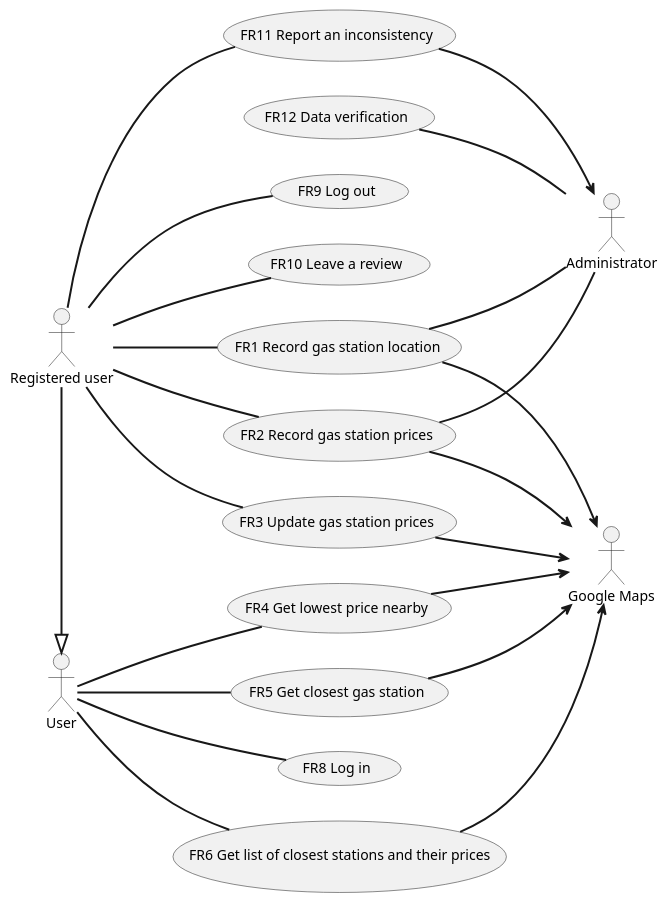
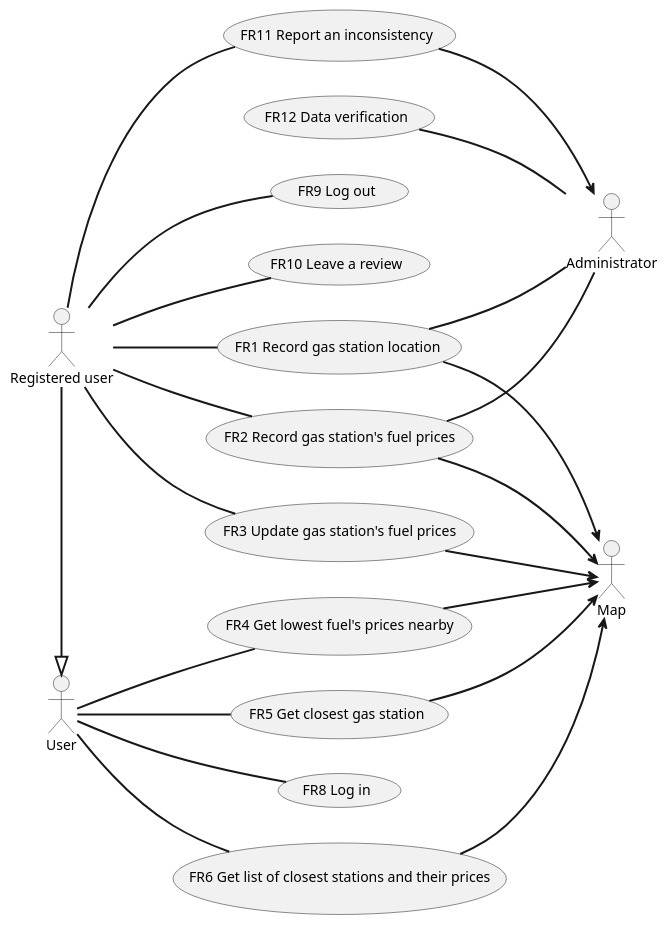
Before and after one commit to SoftengPoliTo/Lab2: the second of 3 diagrams in REQ_s280105.md, drawn with PlantUML. The commit also changed other lines of this file, not shown here.

````diff
--- a/REQ_s280105.md
+++ b/REQ_s280105.md
@@ -118,28 +121,28 @@
 ```plantuml
 left to right direction
 actor Administrator as a
 actor User as u
 actor "Registered user" as r
-actor "Google Maps" as g
+actor Map as m
 r == (FR1 Record gas station location)
-r == (FR2 Record gas station prices)
-r == (FR3 Update gas station prices)
-u == (FR4 Get lowest price nearby)
+r == (FR2 Record gas station's fuel prices)
+r == (FR3 Update gas station's fuel prices)
+u == (FR4 Get lowest fuel's prices nearby)
 u == (FR5 Get closest gas station)
 u == (FR6 Get list of closest stations and their prices)
 u == (FR8 Log in)
 r == (FR9 Log out)
 r == (FR10 Leave a review)
 r == (FR11 Report an inconsistency)
 (FR12 Data verification) == a
 (FR11 Report an inconsistency) ==> a
 (FR1 Record gas station location) == a
-(FR2 Record gas station prices) == a
+(FR2 Record gas station's fuel prices) == a
 r =|> u
-(FR1 Record gas station location) ==> g
-(FR2 Record gas station prices) ==> g
-(FR3 Update gas station prices) ==> g
-(FR4 Get lowest price nearby) ==> g
-(FR5 Get closest gas station) ==> g
-(FR6 Get list of closest stations and their prices) ==> g
+(FR1 Record gas station location) ==> m
+(FR2 Record gas station's fuel prices) ==> m
+(FR3 Update gas station's fuel prices) ==> m
+(FR4 Get lowest fuel's prices nearby) ==> m
+(FR5 Get closest gas station) ==> m
+(FR6 Get list of closest stations and their prices) ==> m
 ```
````
